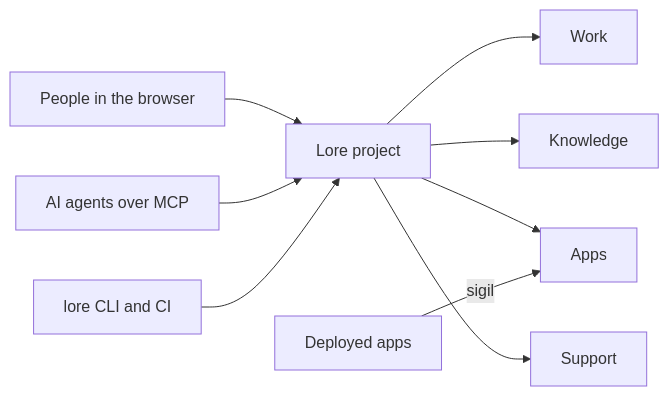
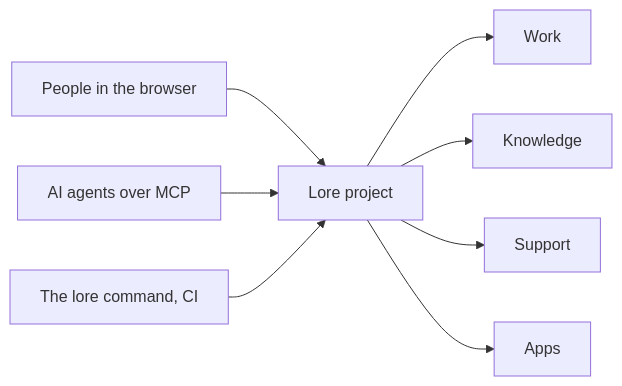
Before and after one commit to alepha-dev/alepha: the diagram in lore/docs/1-start/1-introduction.md, drawn with Mermaid. The commit also changed other lines of this file and 59 other files, not shown here.

````diff
--- a/lore/docs/1-start/1-introduction.md
+++ b/lore/docs/1-start/1-introduction.md
@@ -29,11 +38,10 @@
 ```mermaid
 flowchart LR
   People[People in the browser] --> Project[Lore project]
   Agents[AI agents over MCP] --> Project
-  CLI[lore CLI and CI] --> Project
+  CLI[The lore command, CI] --> Project
   Project --> Work
   Project --> Knowledge
+  Project --> Support
   Project --> Apps
-  Project --> Support
-  Deployed[Deployed apps] -->|sigil| Apps
 ```
````
